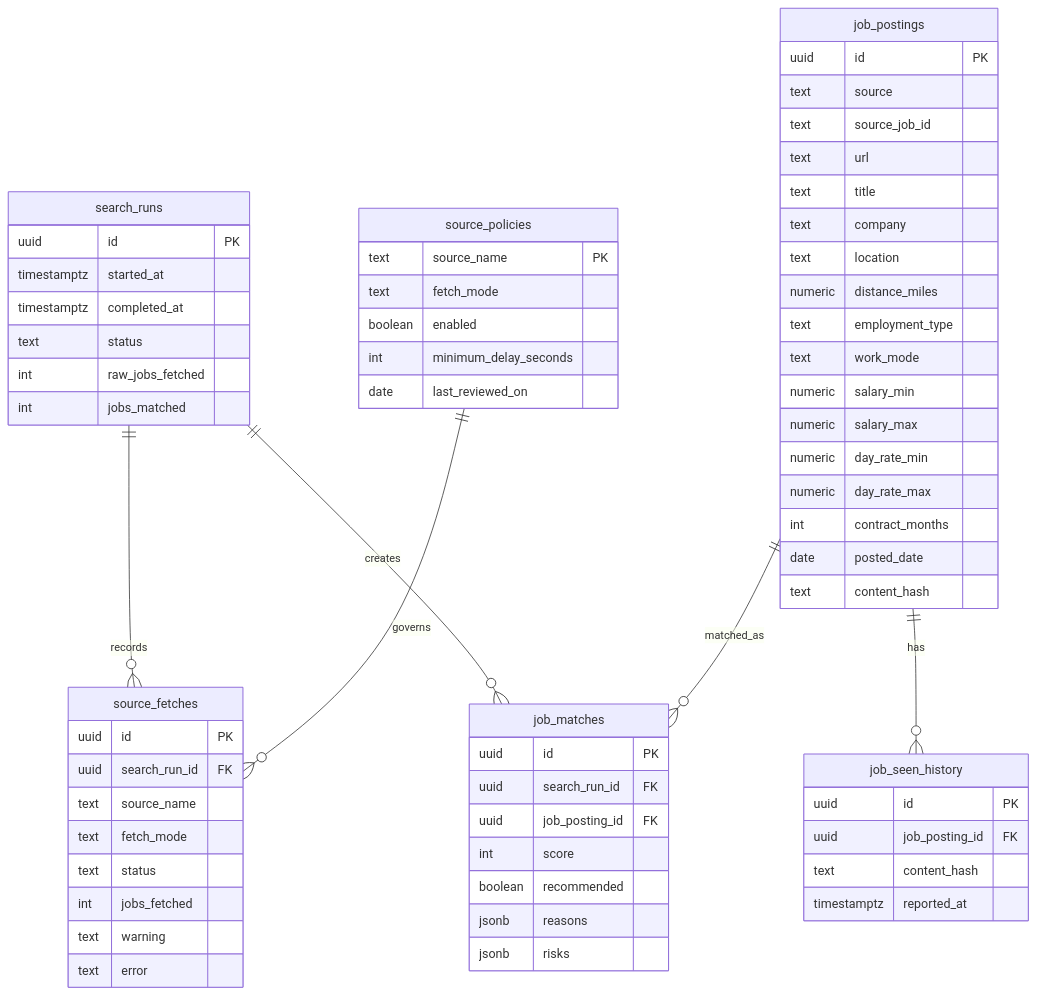
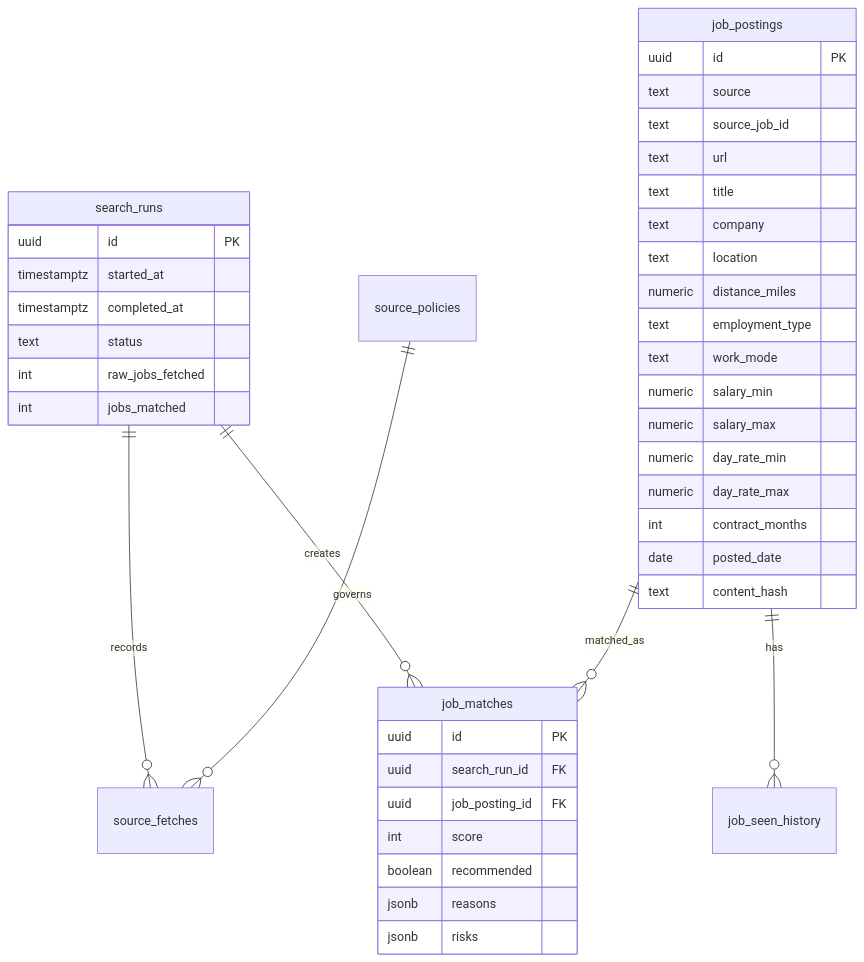
Before and after one commit to ekanatha-urivakili/AiJobSearchAgent: the fourth of 6 diagrams in docs/job-search-agent-architecture.md, drawn with Mermaid. The commit also changed other lines of this file and 21 other files, not shown here.

````diff
--- a/docs/job-search-agent-architecture.md
+++ b/docs/job-search-agent-architecture.md
@@ -92,73 +112,47 @@
 ```mermaid
 erDiagram
     search_runs ||--o{ source_fetches : records
     search_runs ||--o{ job_matches : creates
     job_postings ||--o{ job_matches : matched_as
     job_postings ||--o{ job_seen_history : has
     source_policies ||--o{ source_fetches : governs
 
     search_runs {
         uuid id PK
         timestamptz started_at
         timestamptz completed_at
         text status
         int raw_jobs_fetched
         int jobs_matched
-    }
-
-    source_fetches {
-        uuid id PK
-        uuid search_run_id FK
-        text source_name
-        text fetch_mode
-        text status
-        int jobs_fetched
-        text warning
-        text error
     }
 
     job_postings {
         uuid id PK
         text source
         text source_job_id
         text url
         text title
         text company
         text location
         numeric distance_miles
         text employment_type
         text work_mode
         numeric salary_min
         numeric salary_max
         numeric day_rate_min
         numeric day_rate_max
         int contract_months
         date posted_date
         text content_hash
     }
 
     job_matches {
         uuid id PK
         uuid search_run_id FK
         uuid job_posting_id FK
         int score
         boolean recommended
         jsonb reasons
         jsonb risks
     }
-
-    job_seen_history {
-        uuid id PK
-        uuid job_posting_id FK
-        text content_hash
-        timestamptz reported_at
-    }
-
-    source_policies {
-        text source_name PK
-        text fetch_mode
-        boolean enabled
-        int minimum_delay_seconds
-        date last_reviewed_on
-    }
 ```
````
